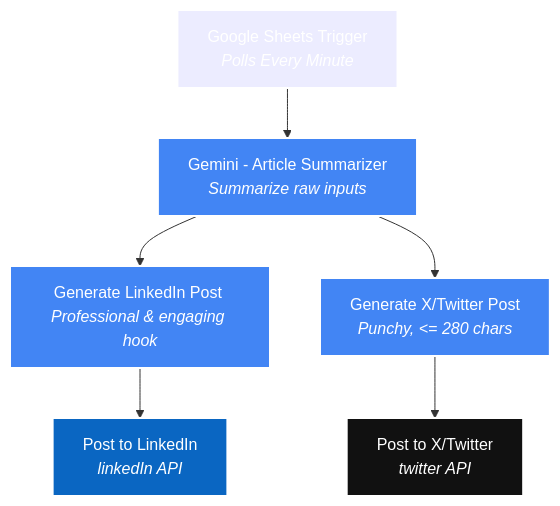
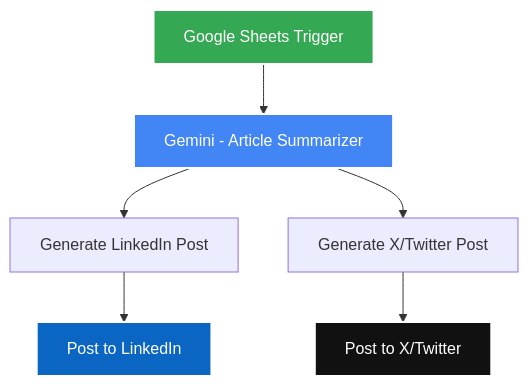
The first of 5 diagrams in README.md (Guneshbari/n8n-workflows), drawn with Mermaid before and after one commit. The commit also changed other lines of this file and 3 other files, not shown here.

````diff
--- a/README.md
+++ b/README.md
@@ -34,15 +36,12 @@
 ```mermaid
 graph TD
-    A[Google Sheets Trigger <br><i>Polls Every Minute</i>] --> B[Gemini - Article Summarizer <br><i>Summarize raw inputs</i>]
-    B --> C[Generate LinkedIn Post <br><i>Professional & engaging hook</i>]
-    B --> D[Generate X/Twitter Post <br><i>Punchy, <= 280 chars</i>]
-    C --> E[Post to LinkedIn <br><i>linkedIn API</i>]
-    D --> F[Post to X/Twitter <br><i>twitter API</i>]
-
-    style A fill:#34A85 green,stroke:#fff,stroke-width:2px,color:#fff
+    A[Google Sheets Trigger] --> B[Gemini - Article Summarizer]
+    B --> C[Generate LinkedIn Post]
+    B --> D[Generate X/Twitter Post]
+    C --> E[Post to LinkedIn]
+    D --> F[Post to X/Twitter]
+    style A fill:#34A853,stroke:#fff,stroke-width:2px,color:#fff
     style B fill:#4285F4,stroke:#fff,stroke-width:2px,color:#fff
-    style C fill:#4285F4,stroke:#fff,stroke-width:2px,color:#fff
-    style D fill:#4285F4,stroke:#fff,stroke-width:2px,color:#fff
     style E fill:#0A66C2,stroke:#fff,stroke-width:2px,color:#fff
     style F fill:#111,stroke:#fff,stroke-width:2px,color:#fff
 ```
````
